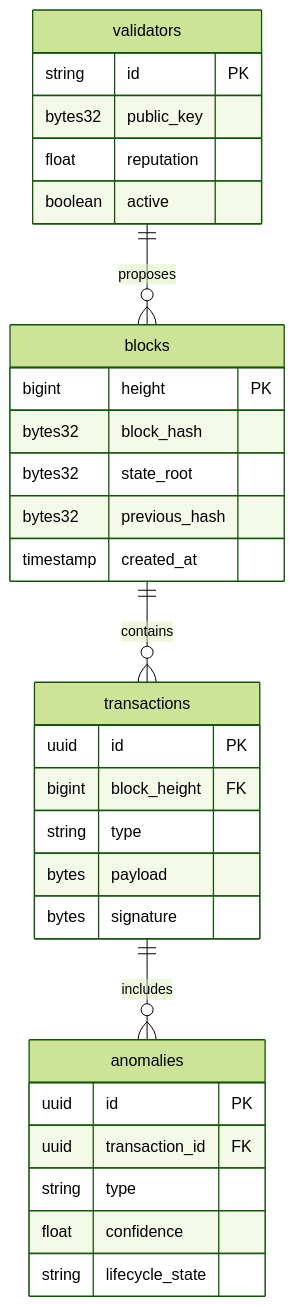
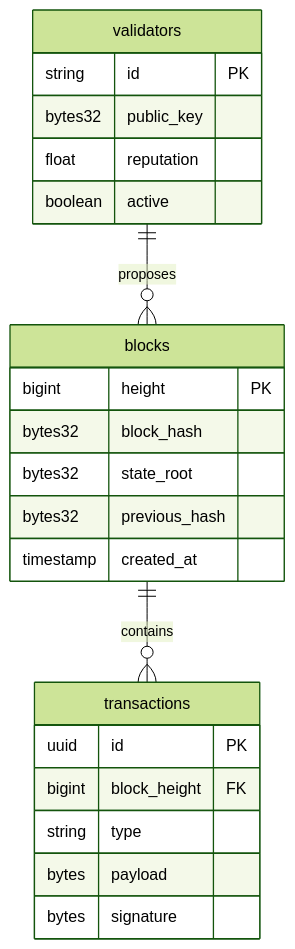
One commit to EveShark/CyberMesh changed diagram 13 of 14 in docs/design/DATA_FLOW.md. Above: the diagram before and after it, drawn with Mermaid (forest theme). The commit also changed other lines of this file and 49 other files, not shown here.

````diff
--- a/docs/design/DATA_FLOW.md
+++ b/docs/design/DATA_FLOW.md
@@ -445,37 +518,28 @@
 ```mermaid
 erDiagram
     blocks ||--o{ transactions : contains
-    transactions ||--o{ anomalies : includes
     validators ||--o{ blocks : proposes
     
     blocks {
         bigint height PK
         bytes32 block_hash
         bytes32 state_root
         bytes32 previous_hash
         timestamp created_at
     }
     
     transactions {
         uuid id PK
         bigint block_height FK
         string type
         bytes payload
         bytes signature
     }
     
-    anomalies {
-        uuid id PK
-        uuid transaction_id FK
-        string type
-        float confidence
-        string lifecycle_state
-    }
-    
     validators {
         string id PK
         bytes32 public_key
         float reputation
         boolean active
     }
 ```
````
